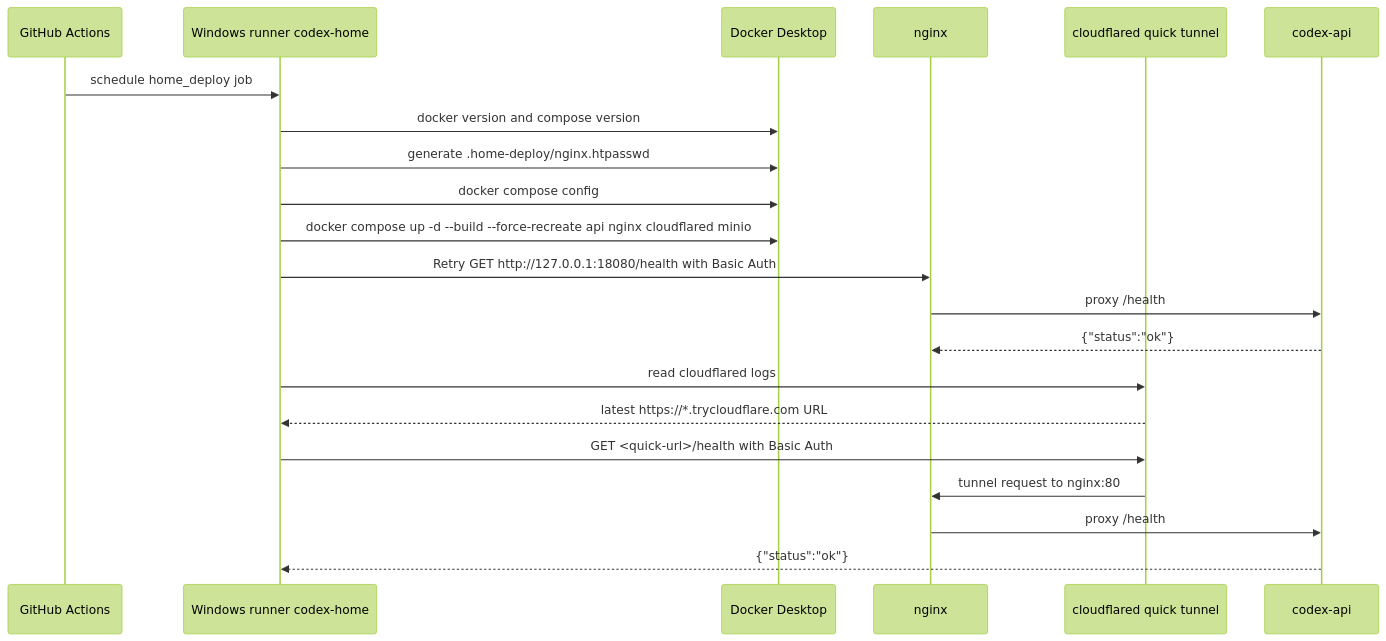
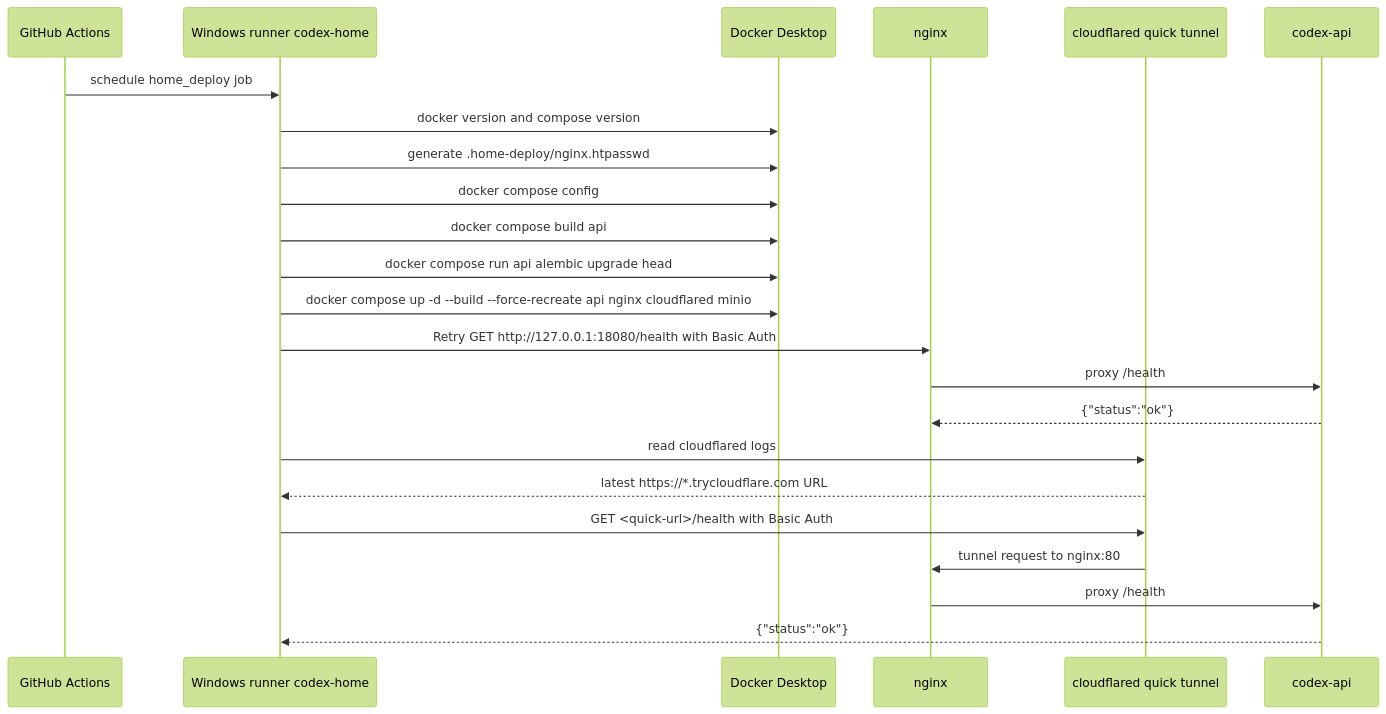
Before and after one commit to Mabaragi/codex-youtube-pipeline: the third of 5 diagrams in docs/CICD.md, drawn with Mermaid (forest theme). The commit also changed other lines of this file and 32 other files, not shown here.

````diff
--- a/docs/CICD.md
+++ b/docs/CICD.md
@@ -83,24 +84,26 @@
 ```mermaid
 sequenceDiagram
     participant GH as GitHub Actions
     participant Runner as Windows runner codex-home
     participant Docker as Docker Desktop
     participant Nginx as nginx
     participant CF as cloudflared quick tunnel
     participant API as codex-api
 
     GH->>Runner: schedule home_deploy job
     Runner->>Docker: docker version and compose version
     Runner->>Docker: generate .home-deploy/nginx.htpasswd
     Runner->>Docker: docker compose config
+    Runner->>Docker: docker compose build api
+    Runner->>Docker: docker compose run api alembic upgrade head
     Runner->>Docker: docker compose up -d --build --force-recreate api nginx cloudflared minio
     Runner->>Nginx: Retry GET http://127.0.0.1:18080/health with Basic Auth
     Nginx->>API: proxy /health
     API-->>Nginx: {"status":"ok"}
     Runner->>CF: read cloudflared logs
     CF-->>Runner: latest https://*.trycloudflare.com URL
     Runner->>CF: GET <quick-url>/health with Basic Auth
     CF->>Nginx: tunnel request to nginx:80
     Nginx->>API: proxy /health
     API-->>Runner: {"status":"ok"}
 ```
````
